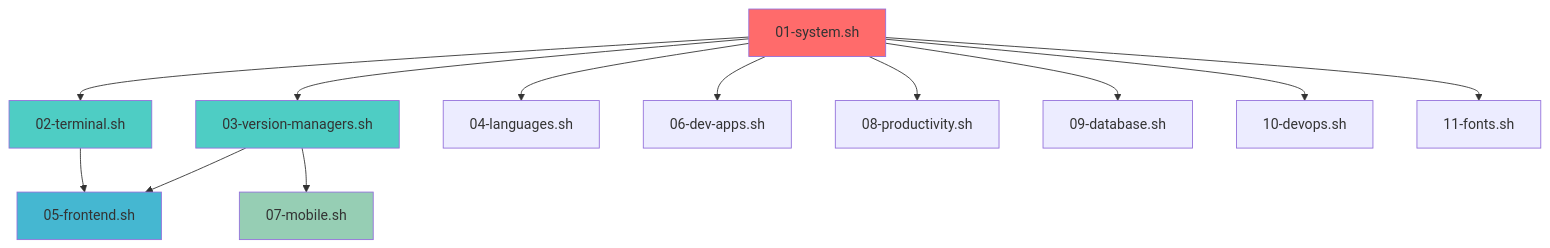
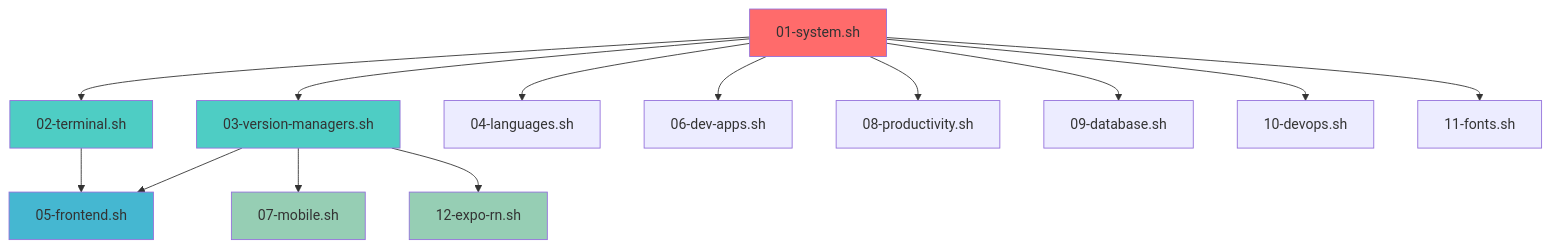
One commit to allanasp/Setup-Developer-Mac changed the diagram in SCRIPT_GUIDE.md. Above: the diagram before and after it, drawn with Mermaid. The commit also changed other lines of this file and 7 other files, not shown here.

````diff
--- a/SCRIPT_GUIDE.md
+++ b/SCRIPT_GUIDE.md
@@ -497,21 +559,23 @@
 ```mermaid
 graph TD
     A[01-system.sh] --> B[02-terminal.sh]
     A --> C[03-version-managers.sh]
     A --> D[04-languages.sh]
     A --> F[06-dev-apps.sh]
     A --> G[08-productivity.sh]
     A --> H[09-database.sh]
     A --> I[10-devops.sh]
     A --> J[11-fonts.sh]
     
     B --> E[05-frontend.sh]
     C --> E
     C --> K[07-mobile.sh]
+    C --> L[12-expo-rn.sh]
     
     style A fill:#ff6b6b
     style B fill:#4ecdc4  
     style C fill:#4ecdc4
     style E fill:#45b7d1
     style K fill:#96ceb4
+    style L fill:#96ceb4
 ```
````
